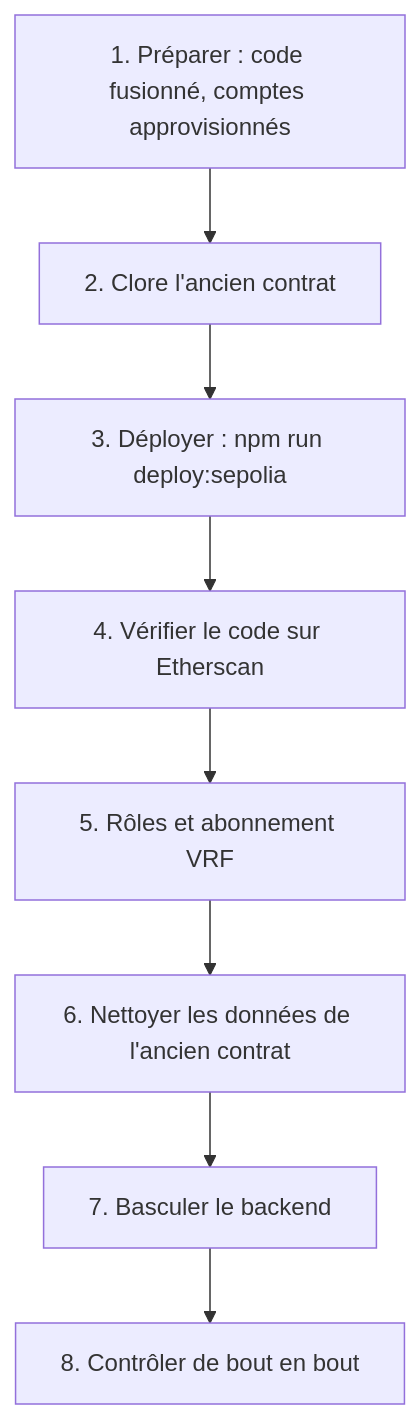
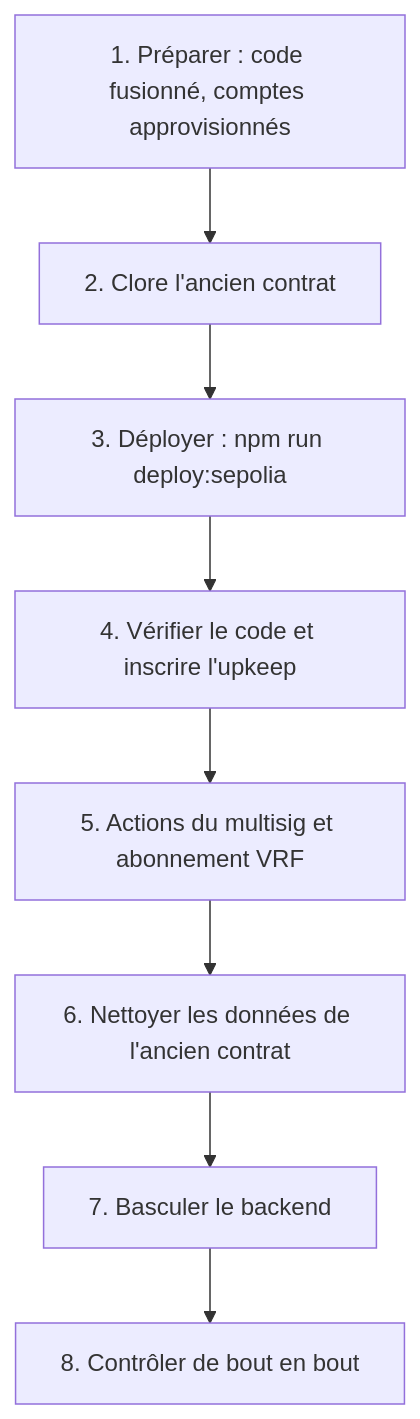
One commit to MarceauTDML/BlockLucky changed the diagram in documentation-officielle/content/guides/redeployer-sepolia.md. Above: the diagram before and after it, drawn with Mermaid. The commit also changed other lines of this file and 402 other files, not shown here.

````diff
--- a/documentation-officielle/content/guides/redeployer-sepolia.md
+++ b/documentation-officielle/content/guides/redeployer-sepolia.md
@@ -27,10 +27,10 @@
 ```mermaid
 flowchart TD
     A["1. Préparer : code fusionné, comptes approvisionnés"] --> B["2. Clore l'ancien contrat"]
     B --> C["3. Déployer : npm run deploy:sepolia"]
-    C --> D["4. Vérifier le code sur Etherscan"]
-    D --> E["5. Rôles et abonnement VRF"]
+    C --> D["4. Vérifier le code et inscrire l'upkeep"]
+    D --> E["5. Actions du multisig et abonnement VRF"]
     E --> F["6. Nettoyer les données de l'ancien contrat"]
     F --> G["7. Basculer le backend"]
     G --> H["8. Contrôler de bout en bout"]
 ```
````
